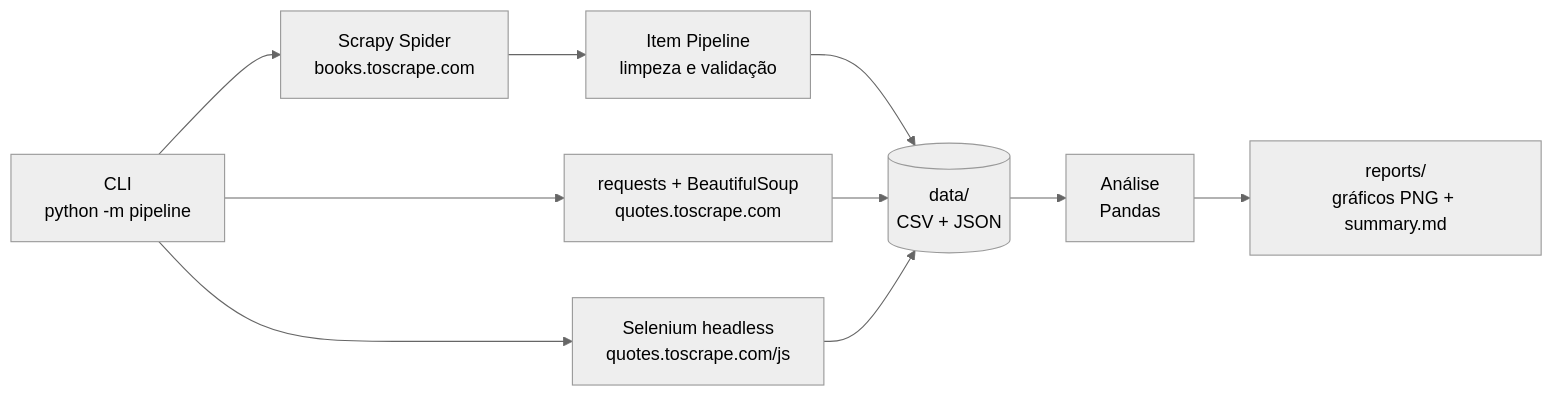
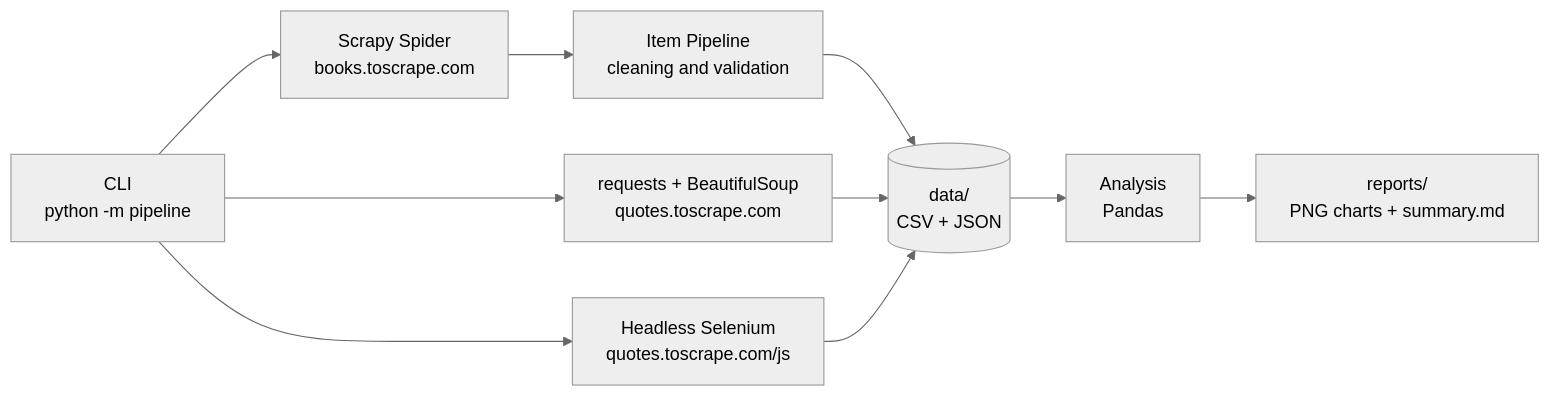
Before and after one commit to marciellesilva/python-web-scraping-pipeline: the diagram in README.md, drawn with Mermaid (neutral theme). The commit also changed other lines of this file and 1 other file, not shown here.

````diff
--- a/README.md
+++ b/README.md
@@ -30,12 +32,12 @@
 ```mermaid
 flowchart LR
     CLI["CLI<br/>python -m pipeline"] --> B["Scrapy Spider<br/>books.toscrape.com"]
     CLI --> Q1["requests + BeautifulSoup<br/>quotes.toscrape.com"]
-    CLI --> Q2["Selenium headless<br/>quotes.toscrape.com/js"]
-    B --> P["Item Pipeline<br/>limpeza e validação"]
+    CLI --> Q2["Headless Selenium<br/>quotes.toscrape.com/js"]
+    B --> P["Item Pipeline<br/>cleaning and validation"]
     P --> D[("data/<br/>CSV + JSON")]
     Q1 --> D
     Q2 --> D
-    D --> A["Análise<br/>Pandas"]
-    A --> R["reports/<br/>gráficos PNG + summary.md"]
+    D --> A["Analysis<br/>Pandas"]
+    A --> R["reports/<br/>PNG charts + summary.md"]
 ```
````
